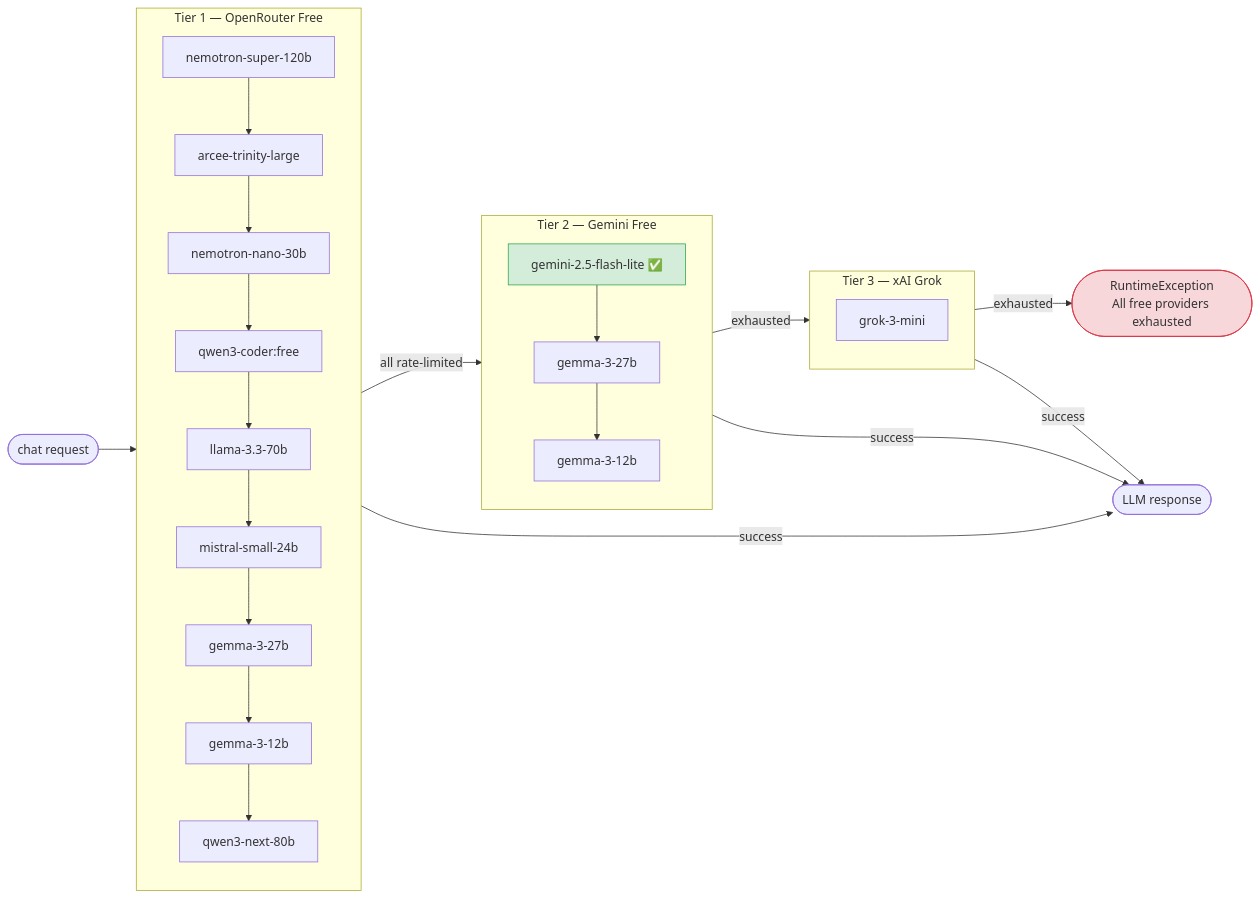
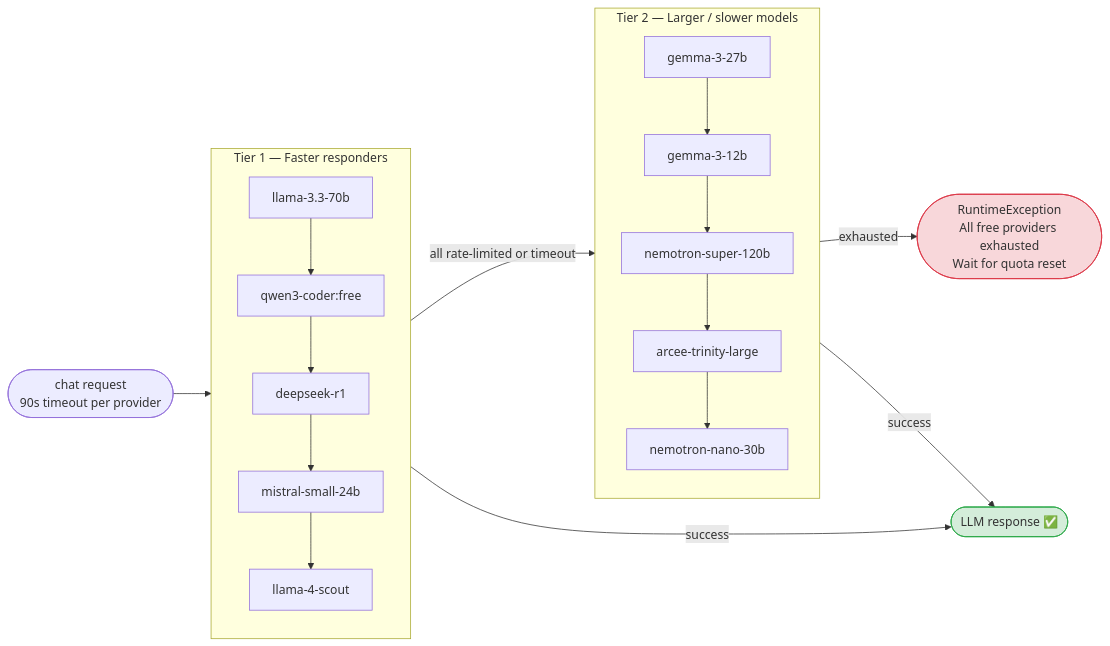
Before and after one commit to EnterprisAI/LocalDevScanMcpDemo: the third of 6 diagrams in LOCAL_SCAN_GUIDE.md, drawn with Mermaid. The commit also changed other lines of this file and 6 other files, not shown here.

````diff
--- a/LOCAL_SCAN_GUIDE.md
+++ b/LOCAL_SCAN_GUIDE.md
@@ -141,37 +140,28 @@
 ```mermaid
 flowchart LR
-    Start([chat request]) --> T1
+    Start([chat request\n90s timeout per provider]) --> T1
 
-    subgraph T1 [Tier 1 — OpenRouter Free]
-        A1[nemotron-super-120b] --> A2[arcee-trinity-large]
-        A2 --> A3[nemotron-nano-30b]
-        A3 --> A4[qwen3-coder:free]
-        A4 --> A5[llama-3.3-70b]
-        A5 --> A6[mistral-small-24b]
-        A6 --> A7[gemma-3-27b]
-        A7 --> A8[gemma-3-12b]
-        A8 --> A9[qwen3-next-80b]
+    subgraph T1 [Tier 1 — Faster responders]
+        A1[llama-3.3-70b] --> A2[qwen3-coder:free]
+        A2 --> A3[deepseek-r1]
+        A3 --> A4[mistral-small-24b]
+        A4 --> A5[llama-4-scout]
     end
 
-    T1 -- all rate-limited --> T2
+    T1 -- all rate-limited or timeout --> T2
 
-    subgraph T2 [Tier 2 — Gemini Free]
-        B1[gemini-2.5-flash-lite ✅] --> B2[gemma-3-27b]
-        B2 --> B3[gemma-3-12b]
+    subgraph T2 [Tier 2 — Larger / slower models]
+        B1[gemma-3-27b] --> B2[gemma-3-12b]
+        B2 --> B3[nemotron-super-120b]
+        B3 --> B4[arcee-trinity-large]
+        B4 --> B5[nemotron-nano-30b]
     end
 
-    T2 -- exhausted --> T3
+    T2 -- exhausted --> Err([RuntimeException\nAll free providers exhausted\nWait for quota reset])
 
-    subgraph T3 [Tier 3 — xAI Grok]
-        C1[grok-3-mini]
-    end
+    T1 -- success --> Resp([LLM response ✅])
+    T2 -- success --> Resp
 
-    T3 -- exhausted --> Err([RuntimeException\nAll free providers exhausted])
-
-    T1 -- success --> Resp([LLM response])
-    T2 -- success --> Resp
-    T3 -- success --> Resp
-
-    style B1 fill:#d4edda,stroke:#28a745
+    style Resp fill:#d4edda,stroke:#28a745
     style Err fill:#f8d7da,stroke:#dc3545
 ```
````
